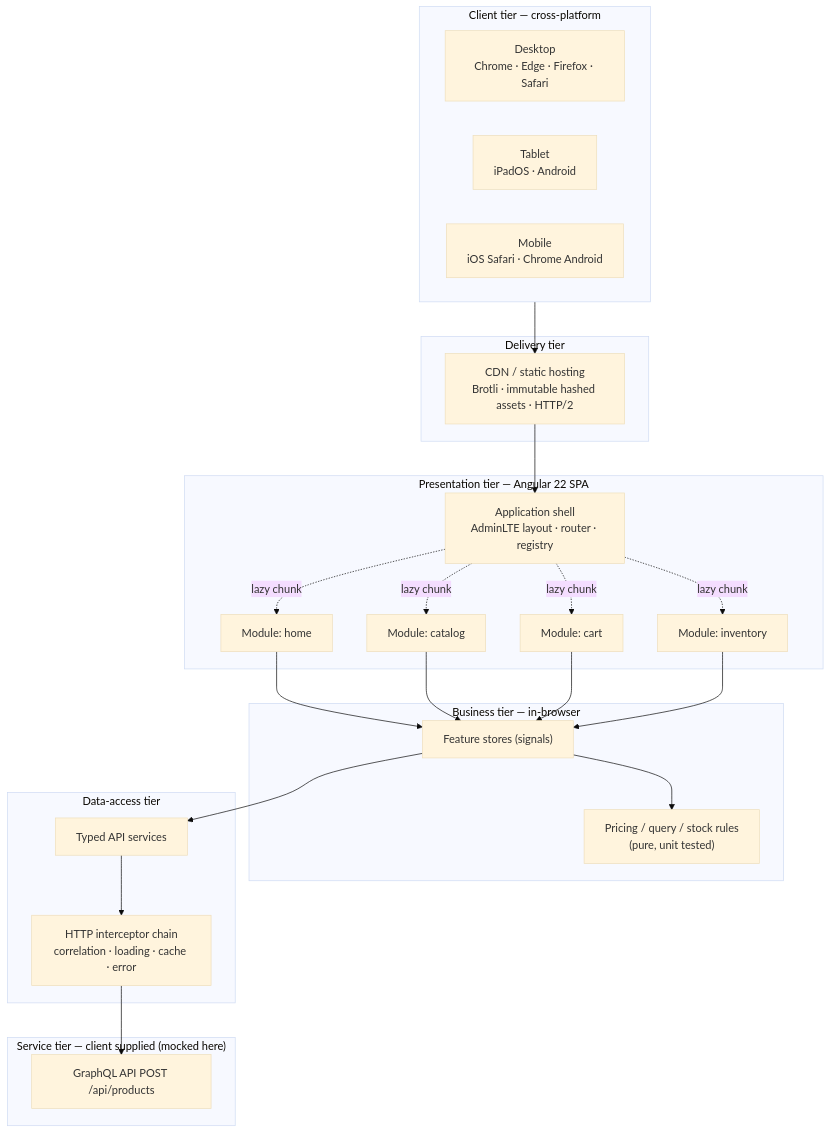
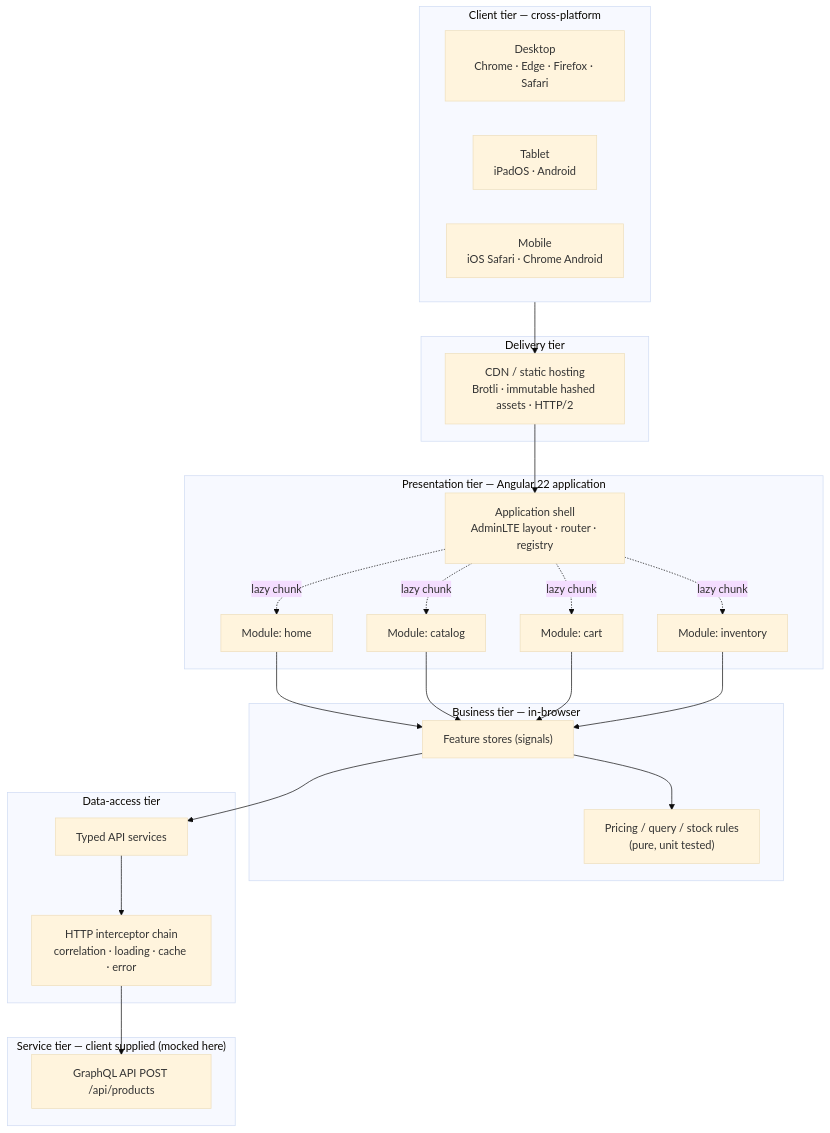
The first of 2 diagrams in docs/01-solution-approach.md (gauravmehta27/rimss), drawn with Mermaid (base theme) before and after one commit. The commit also changed other lines of this file and 11 other files, not shown here.

````diff
--- a/docs/01-solution-approach.md
+++ b/docs/01-solution-approach.md
@@ -10,39 +10,39 @@
 ```mermaid
 flowchart TB
   subgraph Clients["Client tier — cross-platform"]
     D["Desktop<br/>Chrome · Edge · Firefox · Safari"]
     T["Tablet<br/>iPadOS · Android"]
     M["Mobile<br/>iOS Safari · Chrome Android"]
   end
 
   subgraph Edge["Delivery tier"]
     CDN["CDN / static hosting<br/>Brotli · immutable hashed assets · HTTP/2"]
   end
 
-  subgraph SPA["Presentation tier — Angular 22 SPA"]
+  subgraph SPA["Presentation tier — Angular 22 application"]
     SH["Application shell<br/>AdminLTE layout · router · registry"]
     P1["Module: home"]
     P2["Module: catalog"]
     P3["Module: cart"]
     P4["Module: inventory"]
   end
 
   subgraph Domain["Business tier — in-browser"]
     ST["Feature stores (signals)"]
     RUL["Pricing / query / stock rules<br/>(pure, unit tested)"]
   end
 
   subgraph Data["Data-access tier"]
     SVC["Typed API services"]
     INT["HTTP interceptor chain<br/>correlation · loading · cache · error"]
   end
 
   subgraph Backend["Service tier — client supplied (mocked here)"]
     API["GraphQL API POST /api/products"]
   end
 
   Clients --> CDN --> SH
   SH -.lazy chunk.-> P1 & P2 & P3 & P4
   P1 & P2 & P3 & P4 --> ST --> RUL
   ST --> SVC --> INT --> API
 ```
````
